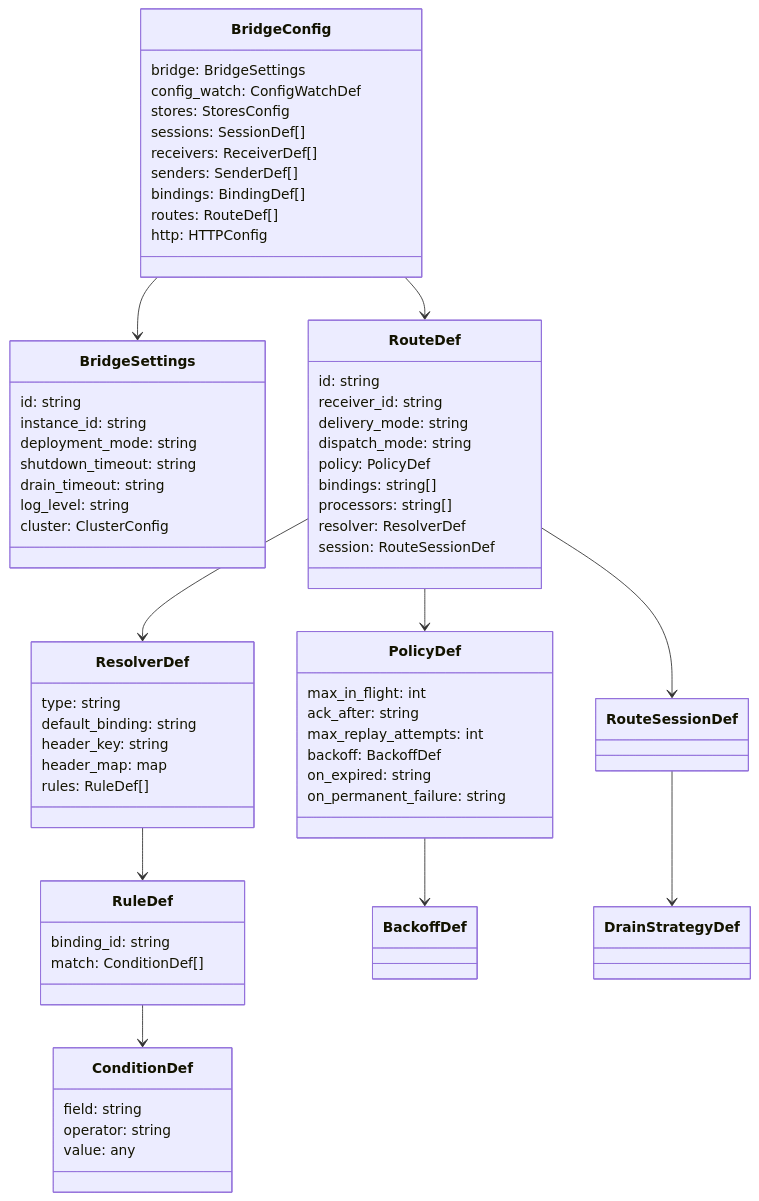
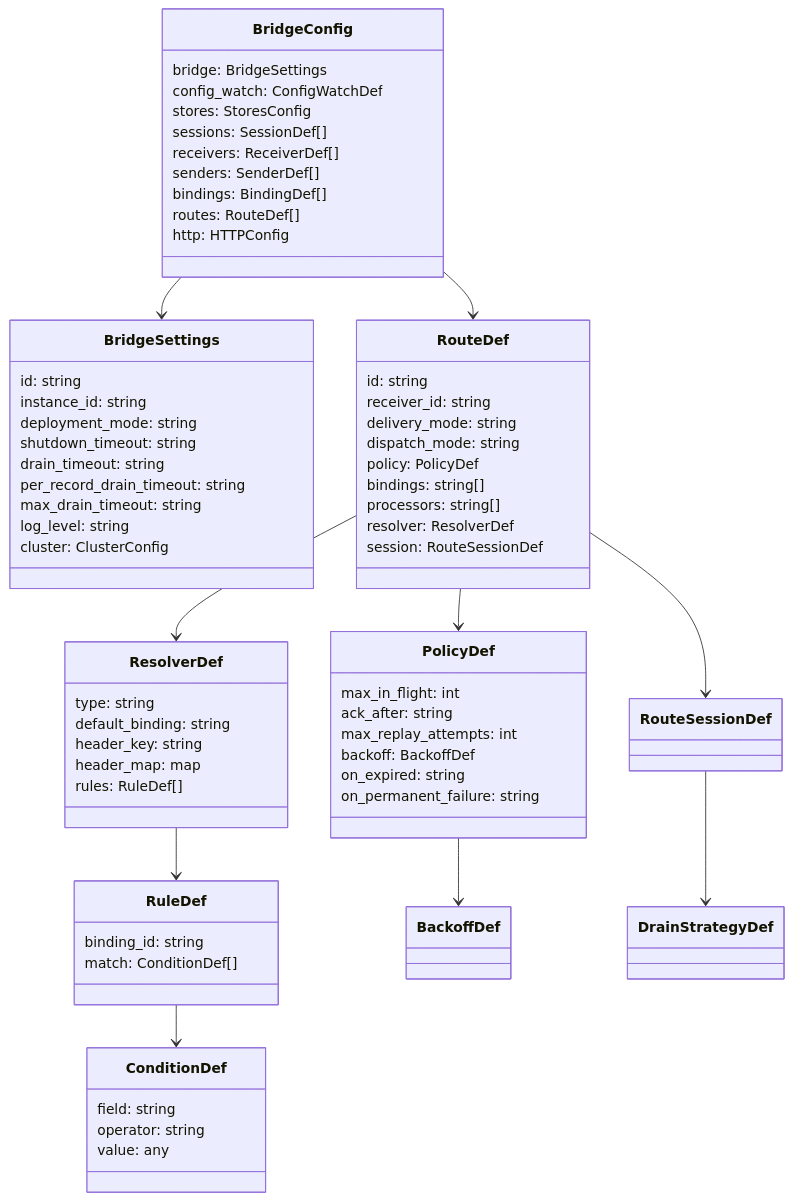
One commit to mariotoffia/gobridge changed the first of 2 diagrams in docs/configuration-reference.md. Above: the diagram before and after it, drawn with Mermaid. The commit also changed other lines of this file and 86 other files, not shown here.

````diff
--- a/docs/configuration-reference.md
+++ b/docs/configuration-reference.md
@@ -7,74 +7,76 @@
 ```mermaid
 classDiagram
     class BridgeConfig {
         bridge: BridgeSettings
         config_watch: ConfigWatchDef
         stores: StoresConfig
         sessions: SessionDef[]
         receivers: ReceiverDef[]
         senders: SenderDef[]
         bindings: BindingDef[]
         routes: RouteDef[]
         http: HTTPConfig
     }
 
     class BridgeSettings {
         id: string
         instance_id: string
         deployment_mode: string
         shutdown_timeout: string
         drain_timeout: string
+        per_record_drain_timeout: string
+        max_drain_timeout: string
         log_level: string
         cluster: ClusterConfig
     }
 
     class RouteDef {
         id: string
         receiver_id: string
         delivery_mode: string
         dispatch_mode: string
         policy: PolicyDef
         bindings: string[]
         processors: string[]
         resolver: ResolverDef
         session: RouteSessionDef
     }
 
     class ResolverDef {
         type: string
         default_binding: string
         header_key: string
         header_map: map
         rules: RuleDef[]
     }
 
     class RuleDef {
         binding_id: string
         match: ConditionDef[]
     }
 
     class ConditionDef {
         field: string
         operator: string
         value: any
     }
 
     class PolicyDef {
         max_in_flight: int
         ack_after: string
         max_replay_attempts: int
         backoff: BackoffDef
         on_expired: string
         on_permanent_failure: string
     }
 
     BridgeConfig --> BridgeSettings
     BridgeConfig --> RouteDef
     RouteDef --> PolicyDef
     RouteDef --> ResolverDef
     RouteDef --> RouteSessionDef
     ResolverDef --> RuleDef
     RuleDef --> ConditionDef
     PolicyDef --> BackoffDef
     RouteSessionDef --> DrainStrategyDef
 ```
````
